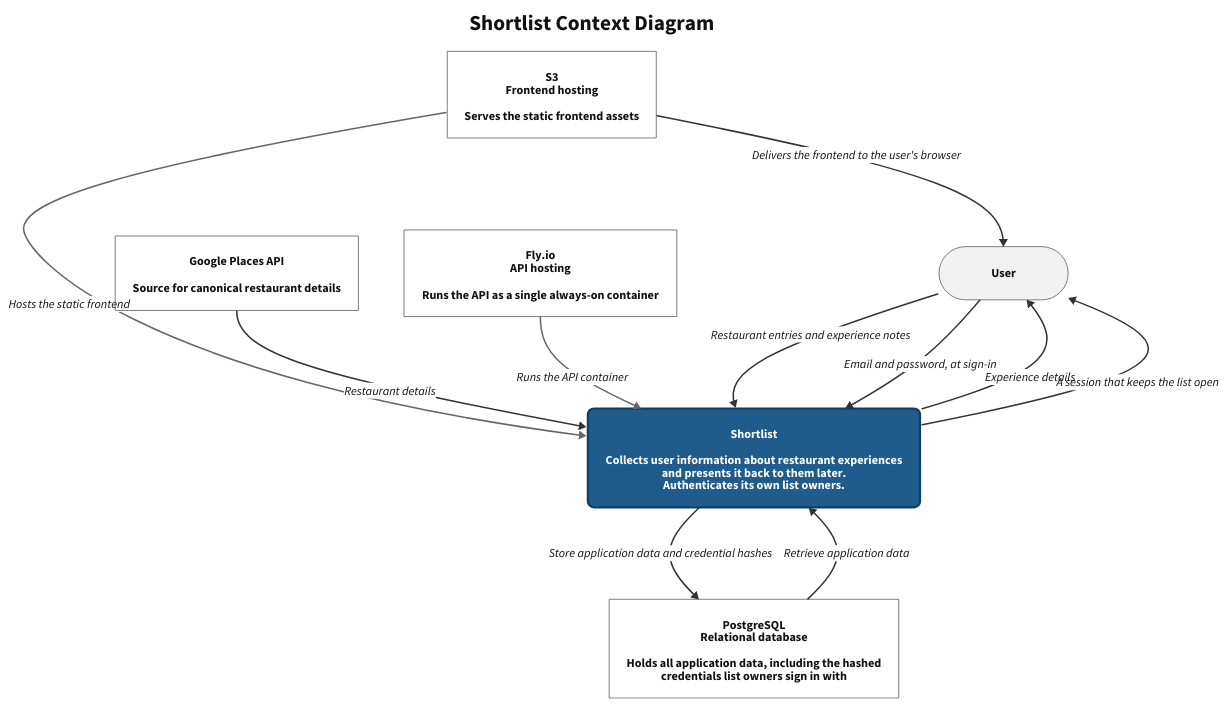
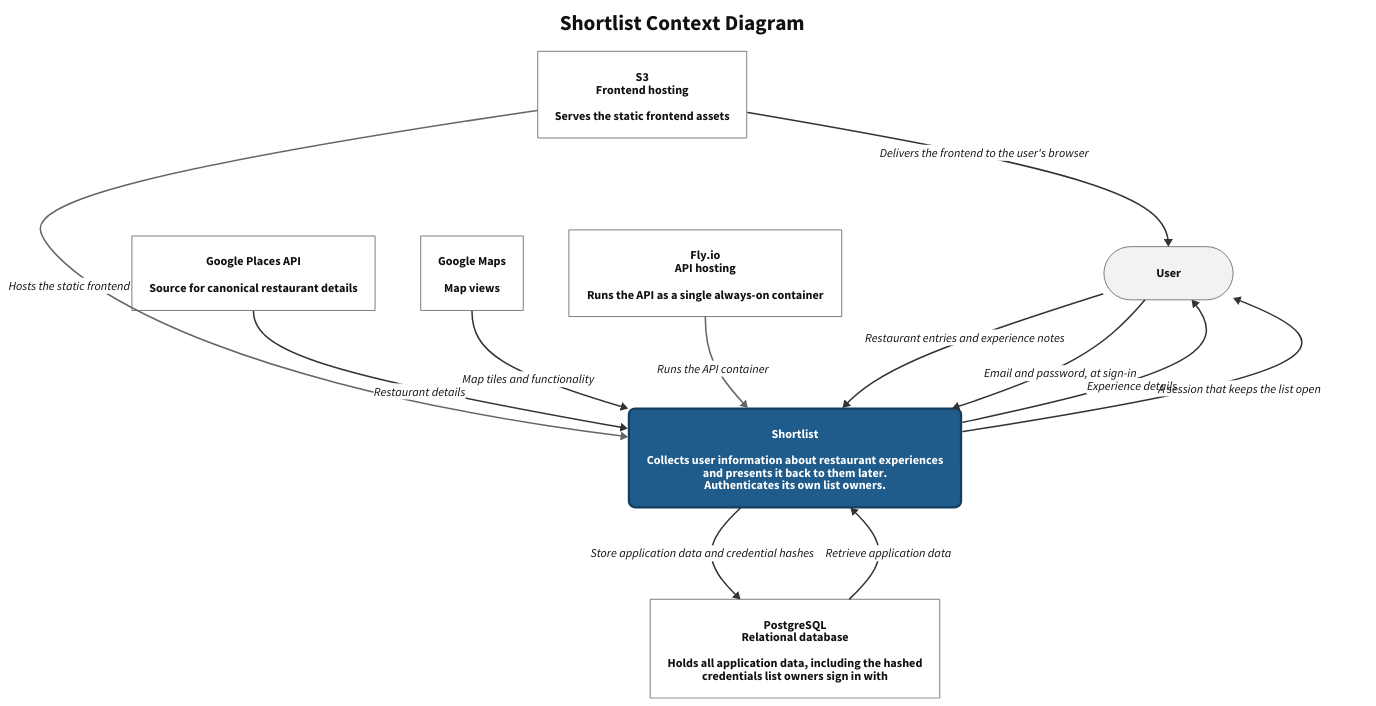
One commit to arches/shortlist changed the diagram in docs/shortlist.context.d2. Above: the diagram before and after it, drawn with D2. The commit also changed 4 other files, not shown here.

```diff
--- a/docs/shortlist.context.d2
+++ b/docs/shortlist.context.d2
@@ -1,110 +1,115 @@
 # alloy: context-diagram
 # Render: d2 docs/shortlist.context.d2 docs/shortlist.context.svg
 #
 # Labels use the quoted "line\nline" form, not |md| block strings: a markdown
 # label replaces the node's shape, which silently drops stroke and
 # border-radius and leaves a white box with no border.
 
 vars: {
   d2-config: {
     layout-engine: dagre
     theme-id: 0
     pad: 24
   }
 }
 
 # Paint the canvas, so dark text never lands on a host's dark background.
 style: {
   fill: "#ffffff"
 }
 
 # Fill and font-color are one decision, set together in every class below.
 classes: {
   subject: {
     style: {
       fill: "#1f5c8b"
       stroke: "#123f61"
       stroke-width: 3
       border-radius: 8
       font-color: "#ffffff"
     }
   }
   external: {
     style: {
       fill: "#ffffff"
       stroke: "#555555"
       stroke-width: 1
       font-color: "#111111"
     }
   }
   actor: {
     width: 170
     height: 70
     style: {
       fill: "#f2f2f2"
       stroke: "#555555"
       stroke-width: 1
       border-radius: 40
       font-color: "#111111"
     }
   }
   flow: {
     style: {
       stroke: "#333333"
       stroke-width: 2
       font-color: "#111111"
     }
   }
   platform: {
     style: {
       stroke: "#666666"
       stroke-width: 2
       font-color: "#111111"
     }
   }
 }
 
 title: Shortlist Context Diagram {
   near: top-center
   shape: text
   style: {
     font-size: 28
     bold: true
     font-color: "#111111"
   }
 }
 
 user: User {
   class: actor
 }
 
 shortlist: "Shortlist\n\nCollects user information about restaurant experiences\nand presents it back to them later.\nAuthenticates its own list owners." {
   class: subject
 }
 
 database: "PostgreSQL\nRelational database\n\nHolds all application data, including the hashed\ncredentials list owners sign in with" {
   class: external
 }
 
 s3: "S3\nFrontend hosting\n\nServes the static frontend assets" {
   class: external
 }
 
 google-places-api: "Google Places API\n\nSource for canonical restaurant details" {
   class: external
 }
 
+google-maps: "Google Maps\n\nMap views" {
+  class: external
+}
+
 fly: "Fly.io\nAPI hosting\n\nRuns the API as a single always-on container" {
   class: external
 }
 
 user -> shortlist: Restaurant entries and experience notes {class: flow}
 shortlist -> user: Experience details {class: flow}
 google-places-api -> shortlist: Restaurant details {class: flow}
+google-maps -> shortlist: Map tiles and functionality {class: flow}
 user -> shortlist: Email and password, at sign-in {class: flow}
 shortlist -> user: A session that keeps the list open {class: flow}
 shortlist -> database: Store application data and credential hashes {class: flow}
 database -> shortlist: Retrieve application data {class: flow}
 s3 -> shortlist: Hosts the static frontend {class: platform}
 s3 -> user: Delivers the frontend to the user's browser {class: flow}
 fly -> shortlist: Runs the API container {class: platform}
```
